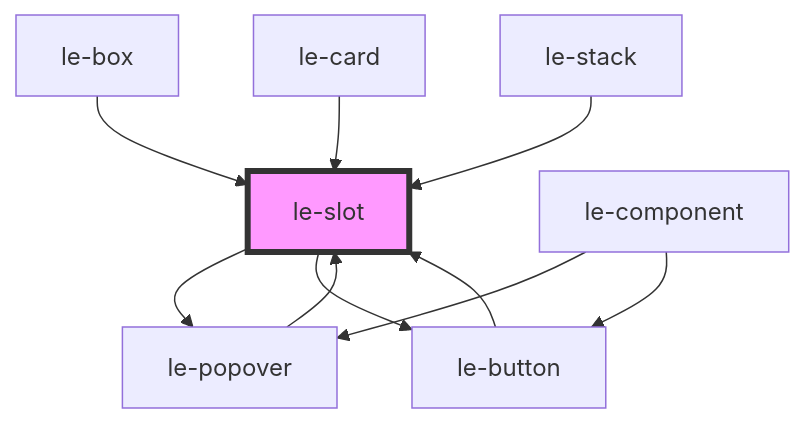
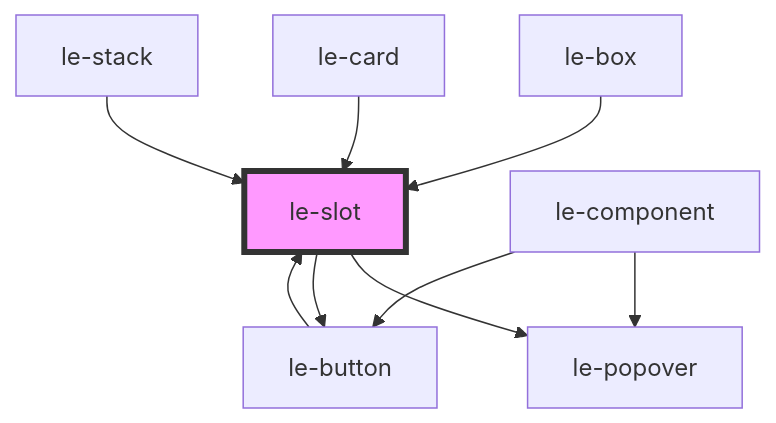
One commit to leechy/le-kit changed the diagram in src/components/le-slot/readme.md. Above: the diagram before and after it, drawn with Mermaid. The commit also changed other lines of this file and 16 other files, not shown here.

````diff
--- a/src/components/le-slot/readme.md
+++ b/src/components/le-slot/readme.md
@@ -63,13 +62,12 @@
 ```mermaid
 graph TD;
   le-slot --> le-popover
   le-slot --> le-button
-  le-popover --> le-slot
   le-button --> le-slot
   le-component --> le-popover
   le-component --> le-button
   le-box --> le-slot
   le-card --> le-slot
   le-stack --> le-slot
   style le-slot fill:#f9f,stroke:#333,stroke-width:4px
 ```
````
